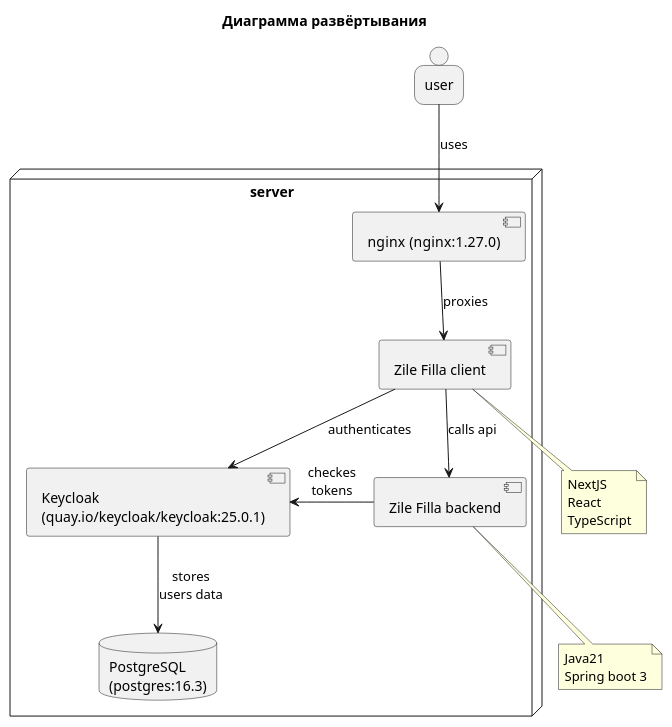
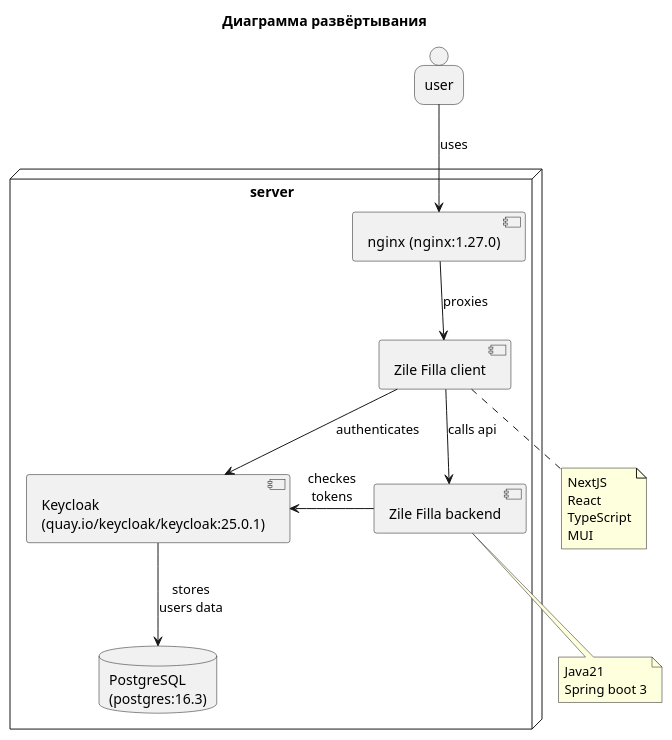
Before and after one commit to PavelPutin/Zile-filla: the diagram in documentation/diagrams/D1-deploy.pu, drawn with PlantUML. The commit also changed 1 other file, not shown here.

Commit message:
doc: add MUI to frontend block on deploye diagram

```diff
--- a/documentation/diagrams/D1-deploy.pu
+++ b/documentation/diagrams/D1-deploy.pu
@@ -1,25 +1,25 @@
 @startuml D1-deploy
 title
 Диаграмма развёртывания
 end title
 
 person user
 
 node server {
     component "nginx  (nginx:1.27.0)" as proxy
     component "Zile Filla backend" as backend
     component "Zile Filla client" as client
     component "Keycloak\n(quay.io/keycloak/keycloak:25.0.1)" as keycloak
     database "PostgreSQL\n(postgres:16.3)" as db
 }
 
 user --> proxy : uses
 proxy --> client : proxies
 client --> backend : calls api
 client --> keycloak : authenticates
 backend -left-> keycloak : checkes\ntokens
 keycloak --> db : stores\nusers data
 
 note bottom of backend : Java21\nSpring boot 3
-note bottom of client : NextJS\nReact\nTypeScript
+note bottom of client : NextJS\nReact\nTypeScript\nMUI
 @enduml
```
